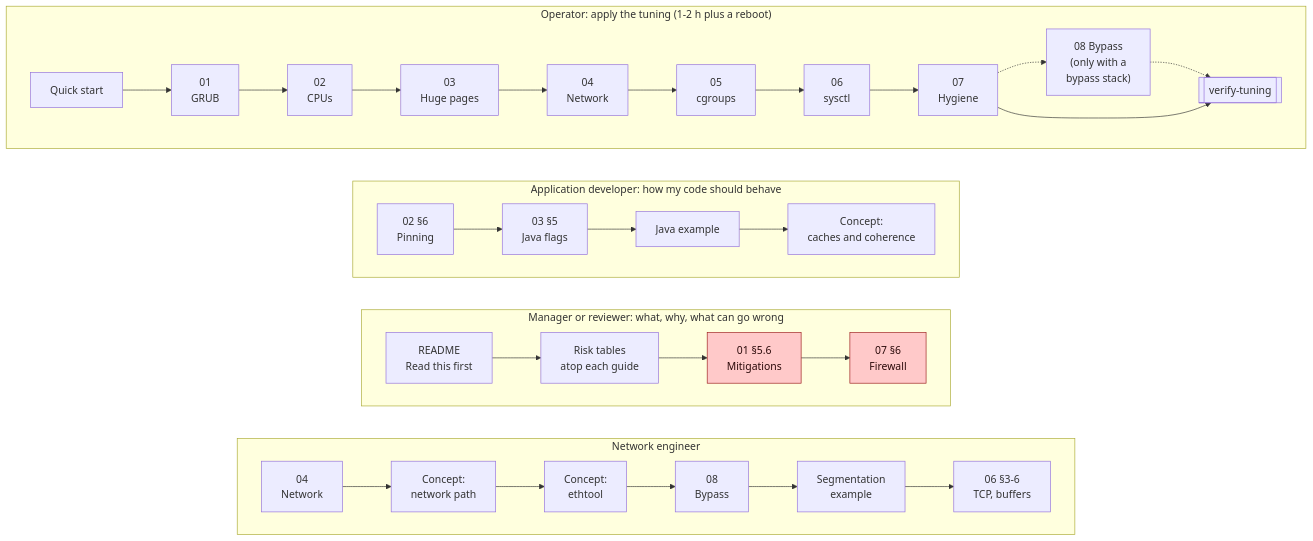
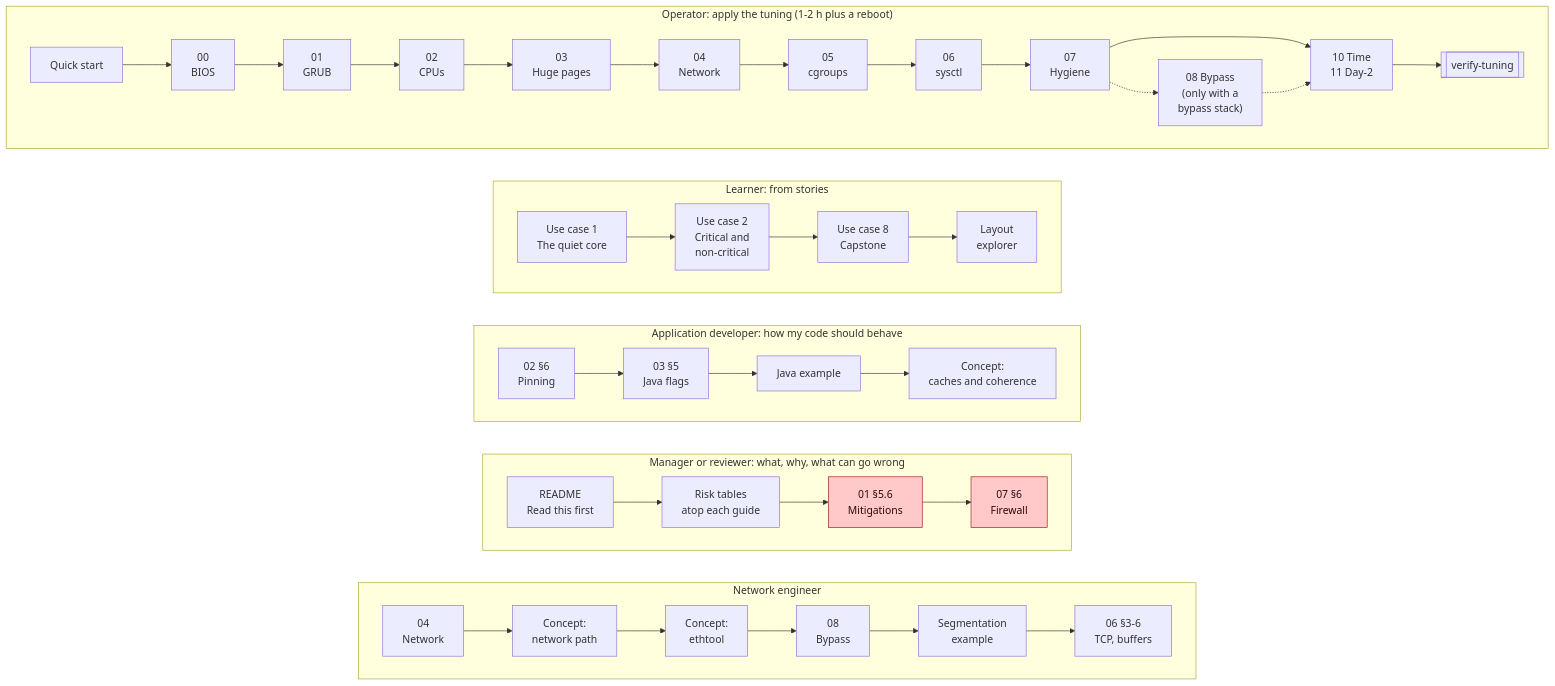
Before and after one commit to vitor-tadashi/mechanical-sympathy: the diagram in INDEX.md, drawn with Mermaid. The commit also changed other lines of this file and 11 other files, not shown here.

First line of the commit message:
docs: refresh index, quick start, faq and contributor rules

````diff
--- a/INDEX.md
+++ b/INDEX.md
@@ -7,23 +7,27 @@
 ```mermaid
 flowchart TD
   subgraph op["Operator: apply the tuning (1-2 h plus a reboot)"]
     direction LR
-    o0["Quick start"] --> o1["01<br/>GRUB"] --> o2["02<br/>CPUs"] --> o3["03<br/>Huge pages"] --> o4["04<br/>Network"] --> o5["05<br/>cgroups"] --> o6["06<br/>sysctl"] --> o7["07<br/>Hygiene"] -.-> o8["08 Bypass<br/>(only with a<br/>bypass stack)"] -.-> ov[["verify-tuning"]]
-    o7 --> ov
+    o0["Quick start"] --> o00["00<br/>BIOS"] --> o1["01<br/>GRUB"] --> o2["02<br/>CPUs"] --> o3["03<br/>Huge pages"] --> o4["04<br/>Network"] --> o5["05<br/>cgroups"] --> o6["06<br/>sysctl"] --> o7["07<br/>Hygiene"] --> o10["10 Time<br/>11 Day-2"] --> ov[["verify-tuning"]]
+    o7 -.-> o8["08 Bypass<br/>(only with a<br/>bypass stack)"] -.-> o10
+  end
+  subgraph story["Learner: from stories"]
+    direction LR
+    s1["Use case 1<br/>The quiet core"] --> s2["Use case 2<br/>Critical and<br/>non-critical"] --> s3["Use case 8<br/>Capstone"] --> s4["Layout<br/>explorer"]
   end
   subgraph dev["Application developer: how my code should behave"]
     direction LR
     d1["02 §6<br/>Pinning"] --> d2["03 §5<br/>Java flags"] --> d3["Java example"] --> d4["Concept:<br/>caches and coherence"]
   end
   subgraph mgr["Manager or reviewer: what, why, what can go wrong"]
     direction LR
     m1["README<br/>Read this first"] --> m2["Risk tables<br/>atop each guide"] --> m3["01 §5.6<br/>Mitigations"] --> m4["07 §6<br/>Firewall"]
   end
   subgraph net["Network engineer"]
     direction LR
     n1["04<br/>Network"] --> n2["Concept:<br/>network path"] --> n3["Concept:<br/>ethtool"] --> n4["08<br/>Bypass"] --> n5["Segmentation<br/>example"] --> n6["06 §3-6<br/>TCP, buffers"]
   end
-  op ~~~ dev ~~~ mgr ~~~ net
+  op ~~~ story ~~~ dev ~~~ mgr ~~~ net
   classDef risk fill:#ffc9c9,stroke:#9b1c1c,color:#2b0a0a
   class m3,m4 risk
 ```
````
